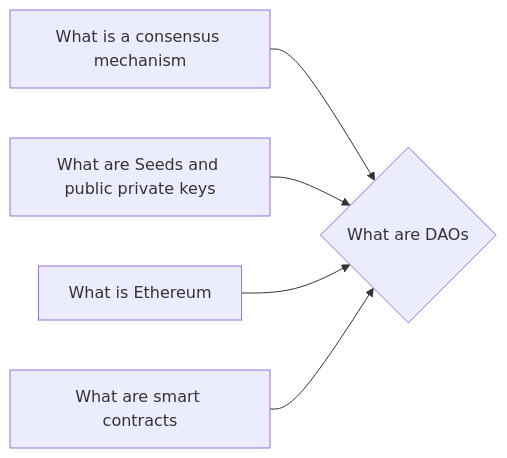
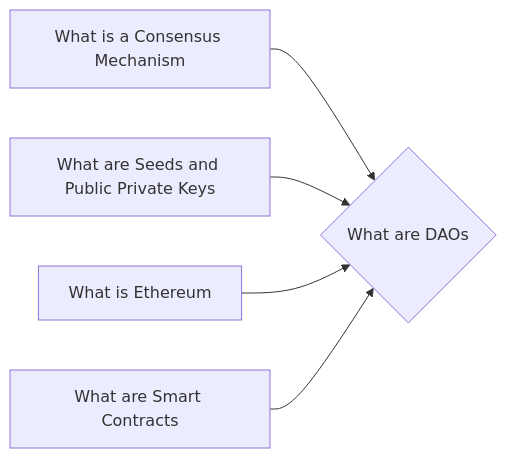
Before and after one commit to lpurdy01/crypto-knowledge-map: the diagram in notes/What_are_DAOs.md, drawn with Mermaid. The commit also changed 50 other files, not shown here.

````diff
--- a/notes/What_are_DAOs.md
+++ b/notes/What_are_DAOs.md
@@ -15,7 +15,7 @@
 ```mermaid
 graph LR
-1["What is a consensus mechanism"]-->0{"What are DAOs"}
-2["What are Seeds and public private keys"]-->0{"What are DAOs"}
+1["What is a Consensus Mechanism"]-->0{"What are DAOs"}
+2["What are Seeds and Public Private Keys"]-->0{"What are DAOs"}
 3["What is Ethereum"]-->0{"What are DAOs"}
-4["What are smart contracts"]-->0{"What are DAOs"}
+4["What are Smart Contracts"]-->0{"What are DAOs"}
 ```
````
